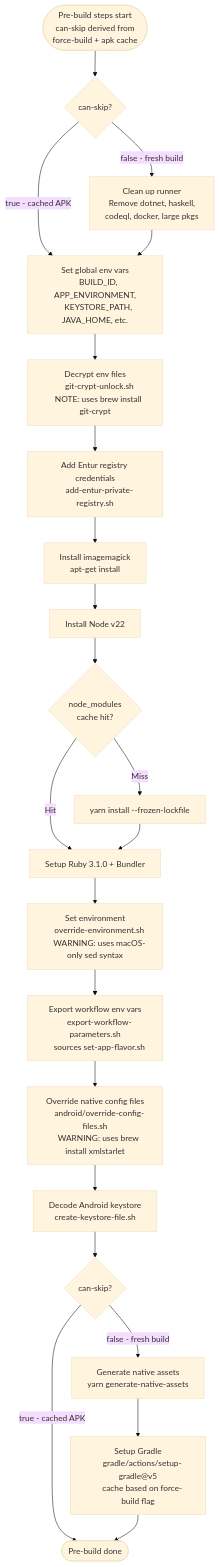
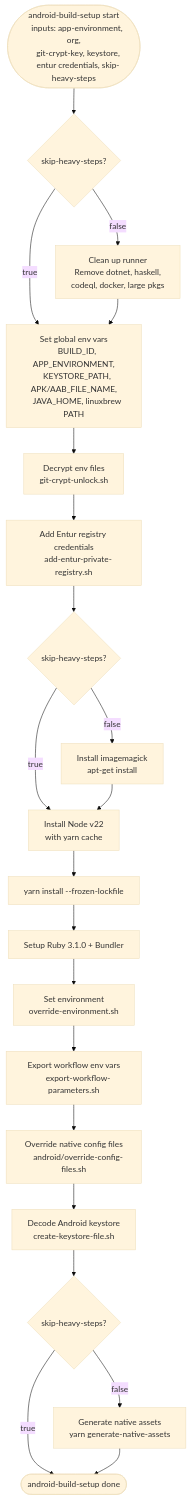
One commit to AtB-AS/mittatb-app changed the second of 6 diagrams in docs/android-build-staging-graph.md. Above: the diagram before and after it, drawn with Mermaid (base theme). The commit also changed other lines of this file and 4 other files, not shown here.

Commit message:
tidy-up android build and add documentation

````diff
--- a/docs/android-build-staging-graph.md
+++ b/docs/android-build-staging-graph.md
@@ -88,62 +84,57 @@
 ```mermaid
 flowchart TD
-    start(["Pre-build steps start
-    can-skip derived from
-    force-build + apk cache"])
+    start(["android-build-setup start
+    inputs: app-environment, org,
+    git-crypt-key, keystore,
+    entur credentials, skip-heavy-steps"])
 
-    start --> can_skip{"can-skip?"}
+    start --> heavy_check1{"skip-heavy-steps?"}
 
-    can_skip -- "false - fresh build" --> cleanup["Clean up runner
+    heavy_check1 -- "false" --> cleanup["Clean up runner
     Remove dotnet, haskell,
     codeql, docker, large pkgs"]
-    can_skip -- "true - cached APK" --> env_vars
+    heavy_check1 -- "true" --> env_vars
 
     cleanup --> env_vars["Set global env vars
     BUILD_ID, APP_ENVIRONMENT,
-    KEYSTORE_PATH, JAVA_HOME, etc."]
+    KEYSTORE_PATH, APK/AAB_FILE_NAME,
+    JAVA_HOME, linuxbrew PATH"]
 
     env_vars --> decrypt["Decrypt env files
-    git-crypt-unlock.sh
-    NOTE: uses brew install git-crypt"]
+    git-crypt-unlock.sh"]
 
     decrypt --> entur["Add Entur registry credentials
     add-entur-private-registry.sh"]
 
-    entur --> imagemagick["Install imagemagick
+    entur --> heavy_check2{"skip-heavy-steps?"}
+    heavy_check2 -- "false" --> imagemagick["Install imagemagick
     apt-get install"]
+    heavy_check2 -- "true" --> node
 
-    imagemagick --> node["Install Node v22"]
+    imagemagick --> node["Install Node v22
+    with yarn cache"]
 
-    node --> nm_cache{"node_modules
-    cache hit?"}
-    nm_cache -- Miss --> yarn["yarn install --frozen-lockfile"]
-    nm_cache -- Hit --> ruby
+    node --> yarn["yarn install --frozen-lockfile"]
+
     yarn --> ruby["Setup Ruby 3.1.0 + Bundler"]
 
     ruby --> set_env["Set environment
-    override-environment.sh
-    WARNING: uses macOS-only sed syntax"]
+    override-environment.sh"]
 
     set_env --> export_env["Export workflow env vars
-    export-workflow-parameters.sh
-    sources set-app-flavor.sh"]
+    export-workflow-parameters.sh"]
 
     export_env --> override_config["Override native config files
-    android/override-config-files.sh
-    WARNING: uses brew install xmlstarlet"]
+    android/override-config-files.sh"]
 
     override_config --> decode_ks["Decode Android keystore
     create-keystore-file.sh"]
 
-    decode_ks --> can_skip2{"can-skip?"}
+    decode_ks --> heavy_check3{"skip-heavy-steps?"}
 
-    can_skip2 -- "false - fresh build" --> gen_assets["Generate native assets
+    heavy_check3 -- "false" --> gen_assets["Generate native assets
     yarn generate-native-assets"]
-    can_skip2 -- "true - cached APK" --> done
+    heavy_check3 -- "true" --> done
 
-    gen_assets --> gradle["Setup Gradle
-    gradle/actions/setup-gradle@v5
-    cache based on force-build flag"]
-
-    gradle --> done(["Pre-build done"])
+    gen_assets --> done(["android-build-setup done"])
 ```
````
